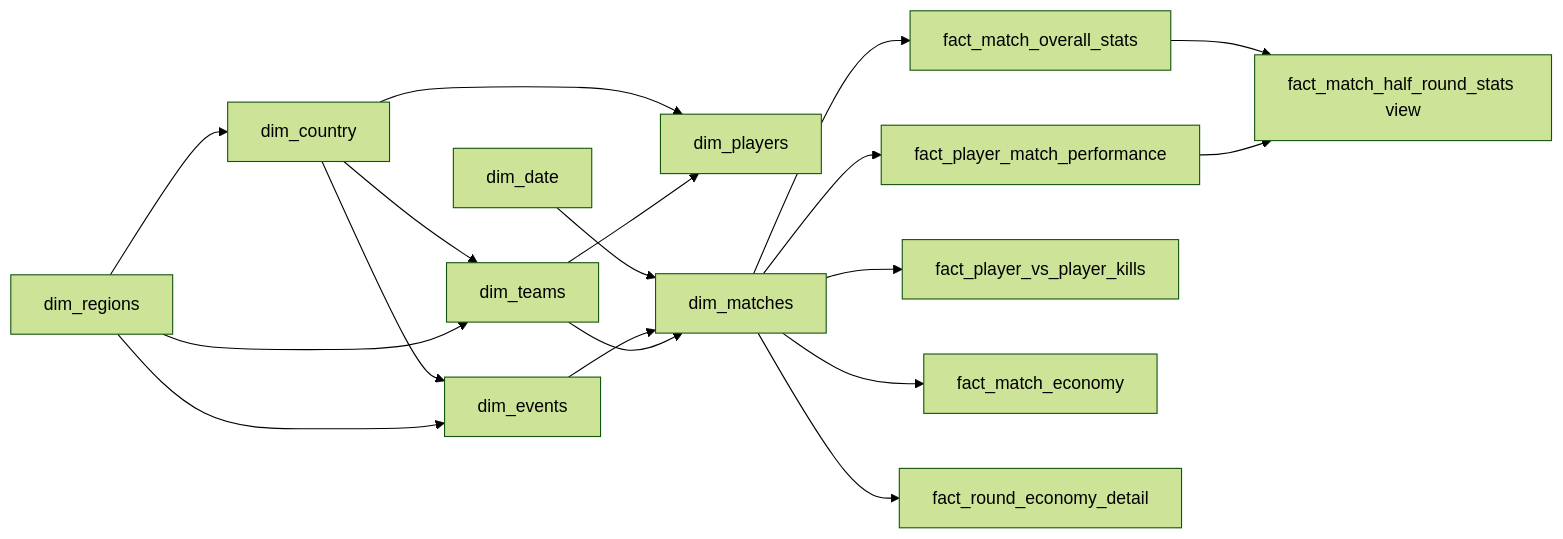
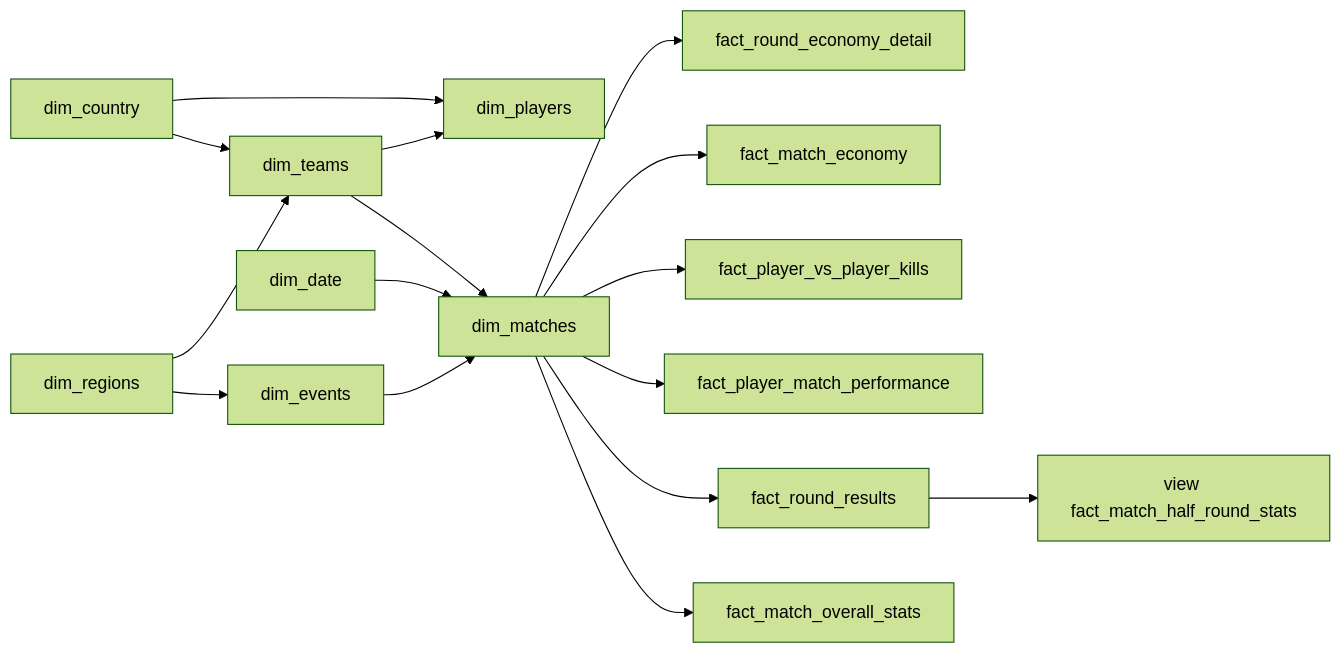
One commit to karthikgarimella37/Valorant-Stats changed the diagram in DATA_MODEL.md. Above: the diagram before and after it, drawn with Mermaid (forest theme). The commit also changed other lines of this file and 14 other files, not shown here.

First line of the commit message:
add: vlrggapi extract, Docker compose, VLR facts, and half-round view

````diff
--- a/DATA_MODEL.md
+++ b/DATA_MODEL.md
@@ -86,23 +103,19 @@
 ```mermaid
 flowchart LR
-  dim_regions --> dim_country
+  dim_regions --> dim_events
+  dim_regions --> dim_teams
   dim_country --> dim_teams
   dim_country --> dim_players
-  dim_country --> dim_events
-  dim_regions --> dim_events
-  dim_regions --> dim_teams
-
   dim_date --> dim_matches
   dim_events --> dim_matches
   dim_teams --> dim_matches
   dim_teams --> dim_players
 
   dim_matches --> F1[fact_match_overall_stats]
+  dim_matches --> FR[fact_round_results]
   dim_matches --> F3[fact_player_match_performance]
   dim_matches --> F4[fact_player_vs_player_kills]
   dim_matches --> F5[fact_match_economy]
   dim_matches --> F6[fact_round_economy_detail]
-
-  F1 --> V2[fact_match_half_round_stats view]
-  F3 --> V2
+  FR --> V2[view fact_match_half_round_stats]
 ```
````
